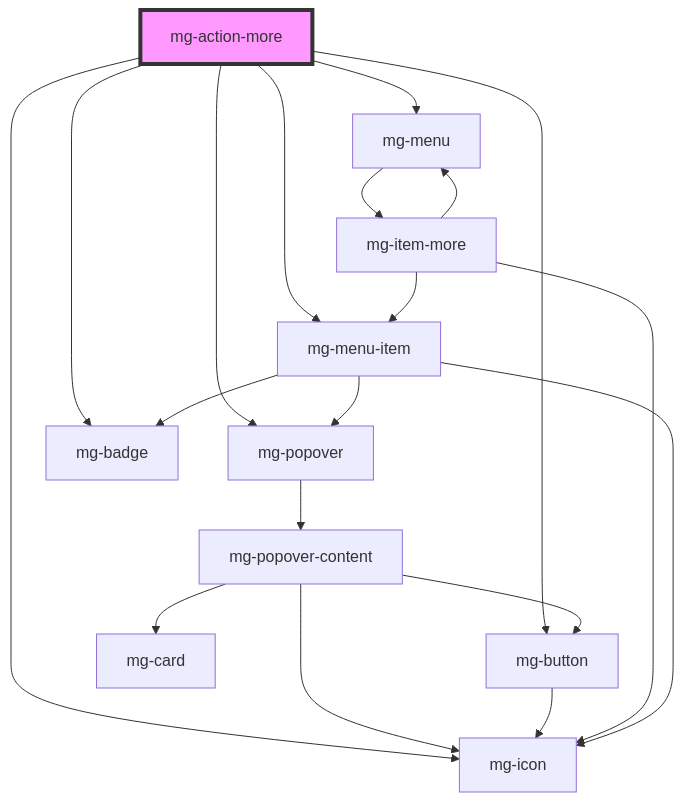
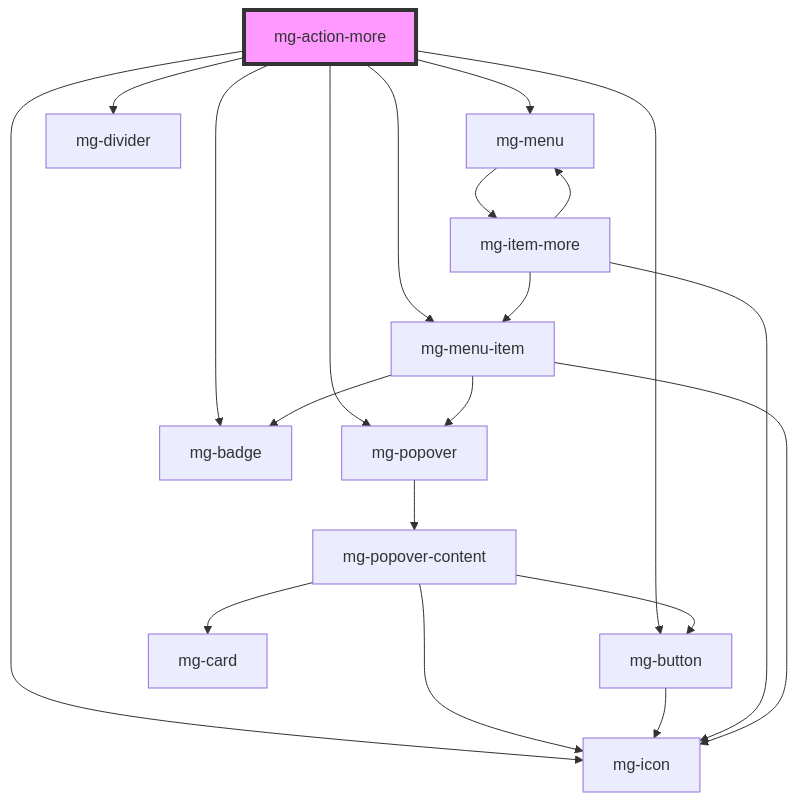
Before and after one commit to MGDIS/core-ui: the diagram in packages/mg-components/src/components/molecules/mg-action-more/readme.md, drawn with Mermaid. The commit also changed other lines of this file and 14 other files, not shown here.

First line of the commit message:
feat(mg-action-more): add divider between items

````diff
--- a/packages/mg-components/src/components/molecules/mg-action-more/readme.md
+++ b/packages/mg-components/src/components/molecules/mg-action-more/readme.md
@@ -32,22 +33,23 @@
 ```mermaid
 graph TD;
   mg-action-more --> mg-icon
   mg-action-more --> mg-popover
   mg-action-more --> mg-button
   mg-action-more --> mg-menu
+  mg-action-more --> mg-divider
   mg-action-more --> mg-menu-item
   mg-action-more --> mg-badge
   mg-popover --> mg-popover-content
   mg-popover-content --> mg-card
   mg-popover-content --> mg-button
   mg-popover-content --> mg-icon
   mg-button --> mg-icon
   mg-menu --> mg-item-more
   mg-item-more --> mg-menu-item
   mg-item-more --> mg-icon
   mg-item-more --> mg-menu
   mg-menu-item --> mg-badge
   mg-menu-item --> mg-icon
   mg-menu-item --> mg-popover
   style mg-action-more fill:#f9f,stroke:#333,stroke-width:4px
 ```
````
